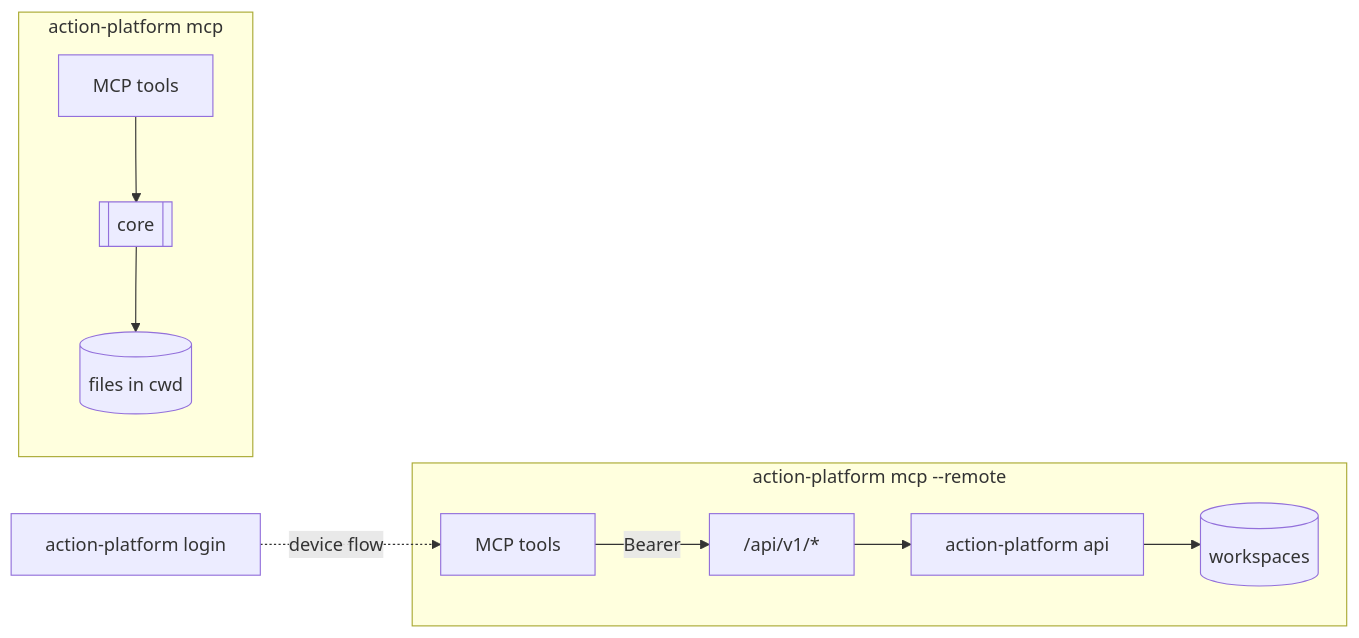
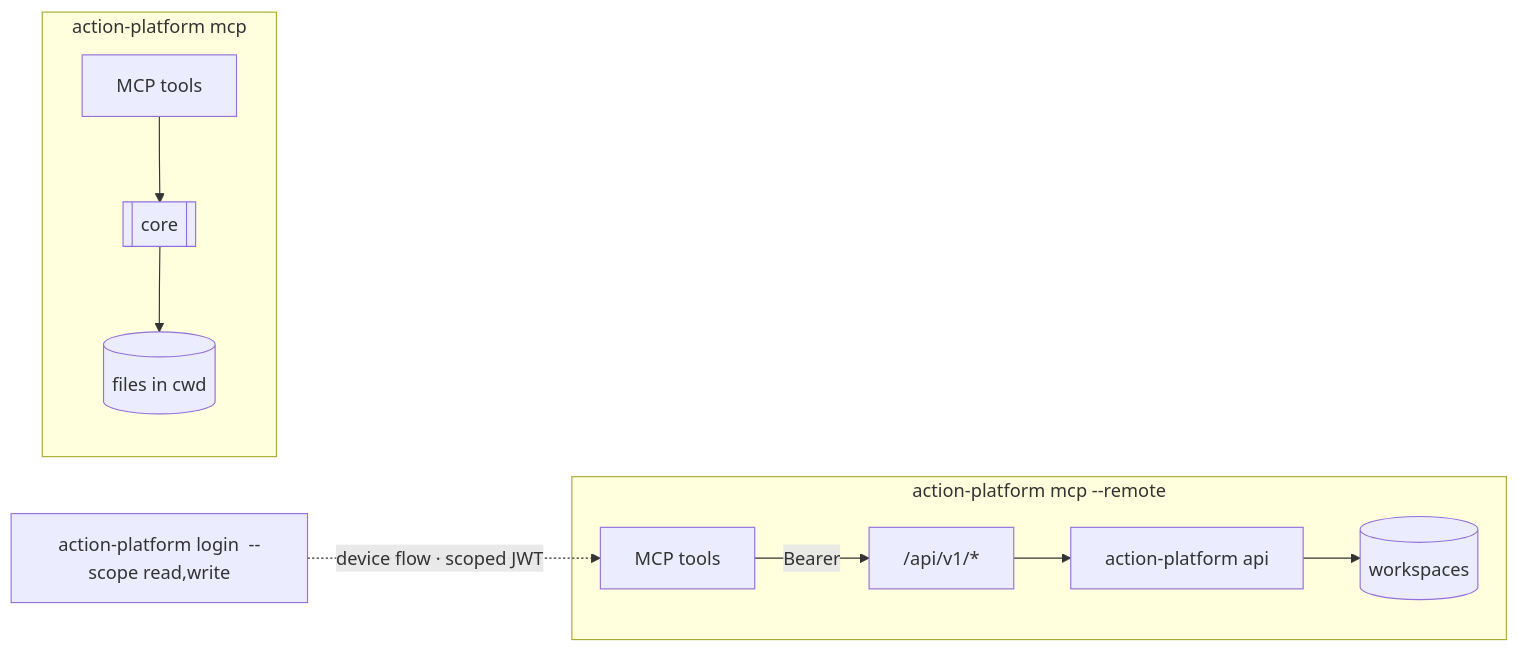
One commit to actionplatform/action-platform changed the diagram in docs/mcp.md. Above: the diagram before and after it, drawn with Mermaid. The commit also changed other lines of this file and 3 other files, not shown here.

````diff
--- a/docs/mcp.md
+++ b/docs/mcp.md
@@ -26,10 +26,10 @@
 ```mermaid
 flowchart LR
     subgraph local["action-platform mcp"]
         L1[MCP tools] --> C1[[core]] --> F[(files in cwd)]
     end
     subgraph remote["action-platform mcp --remote"]
         L2[MCP tools] -->|Bearer| V["/api/v1/*"] --> API[action-platform api] --> WS[(workspaces)]
     end
-    login["action-platform login <url>"] -.->|device flow| L2
+    login["action-platform login <url> --scope read,write"] -.->|device flow · scoped JWT| L2
 ```
````
